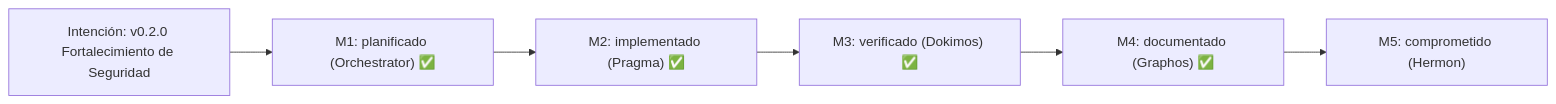
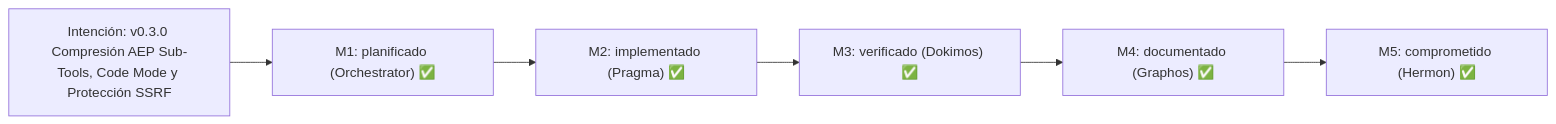
One commit to ancrz/penpot-mcp-server changed the first of 2 diagrams in README.es-ES.md. Above: the diagram before and after it, drawn with Mermaid. The commit also changed other lines of this file and 23 other files, not shown here.

````diff
--- a/README.es-ES.md
+++ b/README.es-ES.md
@@ -34,8 +36,8 @@
 ```mermaid
 flowchart LR
-    I["Intención: v0.2.0 Fortalecimiento de Seguridad"] --> M1["M1: planificado (Orchestrator) ✅"]
+    I["Intención: v0.3.0 Compresión AEP Sub-Tools, Code Mode y Protección SSRF"] --> M1["M1: planificado (Orchestrator) ✅"]
     M1 --> M2["M2: implementado (Pragma) ✅"]
     M2 --> M3["M3: verificado (Dokimos) ✅"]
     M3 --> M4["M4: documentado (Graphos) ✅"]
-    M4 --> M5["M5: comprometido (Hermon)"]
+    M4 --> M5["M5: comprometido (Hermon) ✅"]
 ```
````
